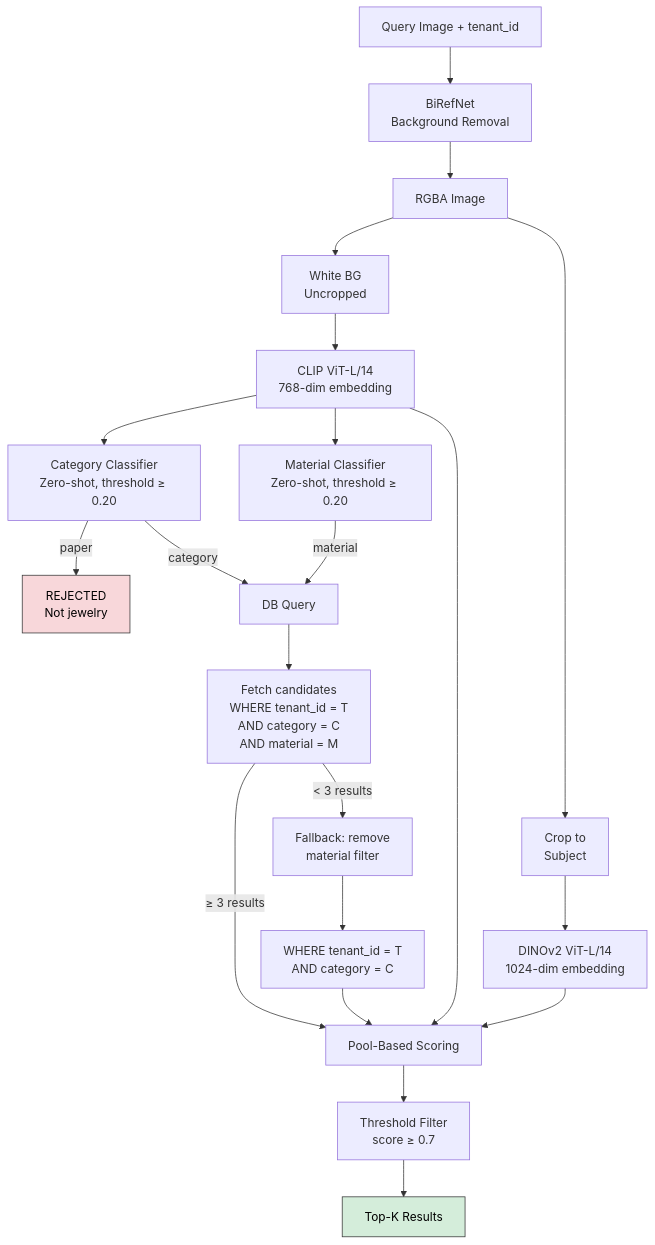
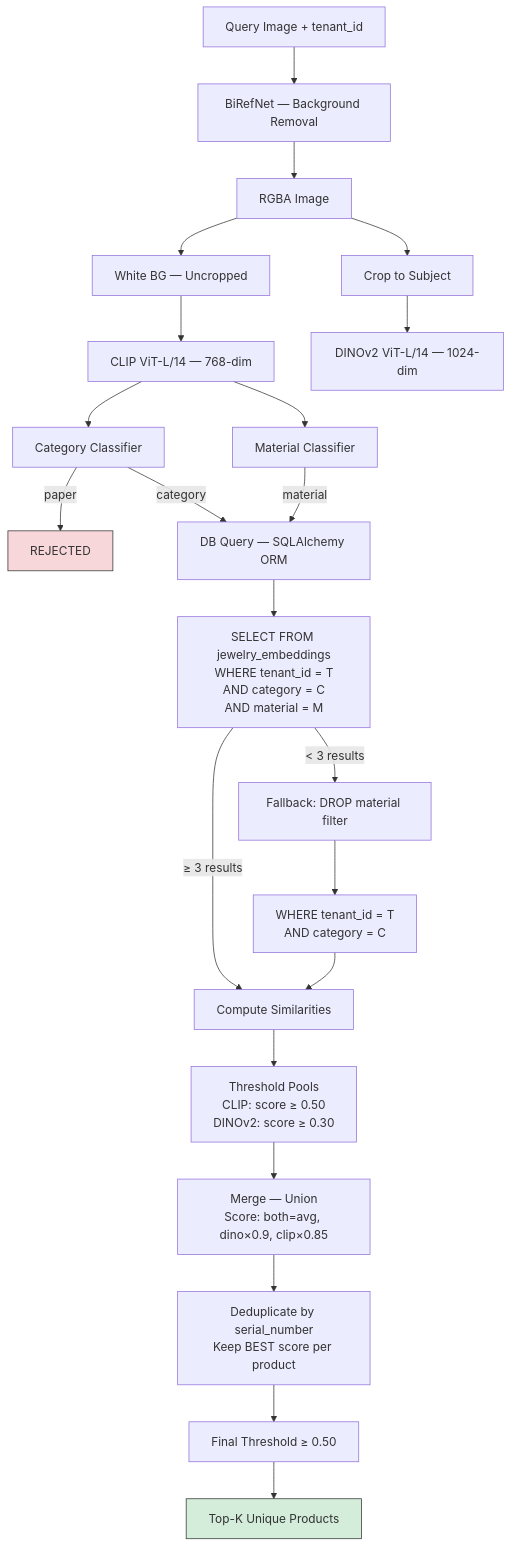
One commit to KuldeepYadav-22/Jewelry-Search-Prod- changed the first of 2 diagrams in docs/SEARCH_ARCHITECTURE.md. Above: the diagram before and after it, drawn with Mermaid. The commit also changed other lines of this file and 2 other files, not shown here.

````diff
--- a/docs/SEARCH_ARCHITECTURE.md
+++ b/docs/SEARCH_ARCHITECTURE.md
@@ -18,33 +18,33 @@
 ```mermaid
 flowchart TD
-    A[Query Image + tenant_id] --> B[BiRefNet<br/>Background Removal]
+    A[Query Image + tenant_id] --> B[BiRefNet — Background Removal]
     B --> C[RGBA Image]
-    C --> D[White BG<br/>Uncropped]
-    C --> E[Crop to<br/>Subject]
+    C --> D[White BG — Uncropped]
+    C --> E[Crop to Subject]
 
-    D --> F[CLIP ViT-L/14<br/>768-dim embedding]
-    E --> G[DINOv2 ViT-L/14<br/>1024-dim embedding]
+    D --> F[CLIP ViT-L/14 — 768-dim]
+    E --> G[DINOv2 ViT-L/14 — 1024-dim]
 
-    F --> H[Category Classifier<br/>Zero-shot, threshold ≥ 0.20]
-    F --> I[Material Classifier<br/>Zero-shot, threshold ≥ 0.20]
+    F --> H[Category Classifier]
+    F --> I[Material Classifier]
 
-    H -->|paper| REJ[REJECTED<br/>Not jewelry]
-    H -->|category| J[DB Query]
+    H -->|paper| REJ[REJECTED]
+    H -->|category| J[DB Query — SQLAlchemy ORM]
     I -->|material| J
 
-    J --> K["Fetch candidates<br/>WHERE tenant_id = T<br/>AND category = C<br/>AND material = M"]
+    J --> K["SELECT FROM jewelry_embeddings<br/>WHERE tenant_id = T<br/>AND category = C<br/>AND material = M"]
 
-    K -->|"< 3 results"| L["Fallback: remove<br/>material filter"]
+    K -->|"< 3 results"| L["Fallback: DROP material filter"]
     L --> K2["WHERE tenant_id = T<br/>AND category = C"]
-    K -->|"≥ 3 results"| M[Pool-Based Scoring]
+    K -->|"≥ 3 results"| M[Compute Similarities]
     K2 --> M
 
-    F --> M
-    G --> M
+    M --> N["Threshold Pools<br/>CLIP: score ≥ 0.50<br/>DINOv2: score ≥ 0.30"]
+    N --> O["Merge — Union<br/>Score: both=avg, dino×0.9, clip×0.85"]
+    O --> P["Deduplicate by serial_number<br/>Keep BEST score per product"]
+    P --> Q["Final Threshold ≥ 0.50"]
+    Q --> R[Top-K Unique Products]
 
-    M --> N[Threshold Filter<br/>score ≥ 0.7]
-    N --> O[Top-K Results]
-
-    style REJ fill:#f8d7da,stroke:#333,color:#000
-    style O fill:#d4edda,stroke:#333,color:#000
+    style REJ fill:#f8d7da,stroke:#333
+    style R fill:#d4edda,stroke:#333
 ```
````
